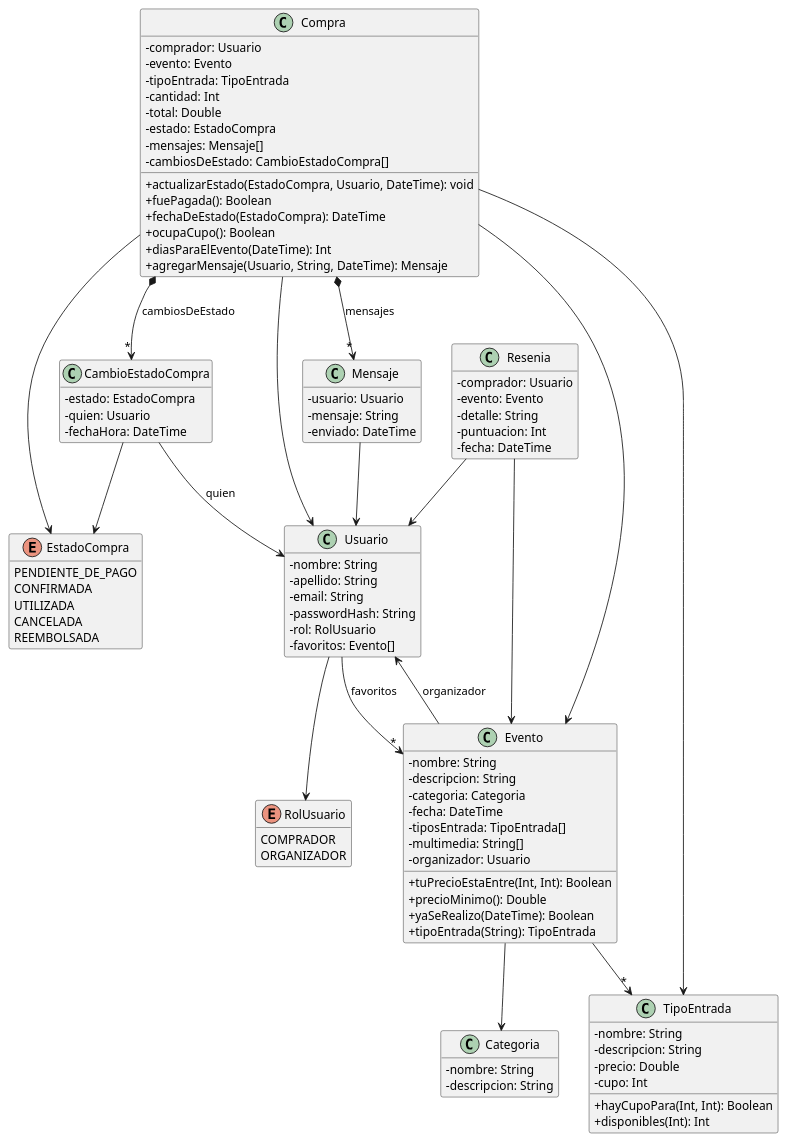
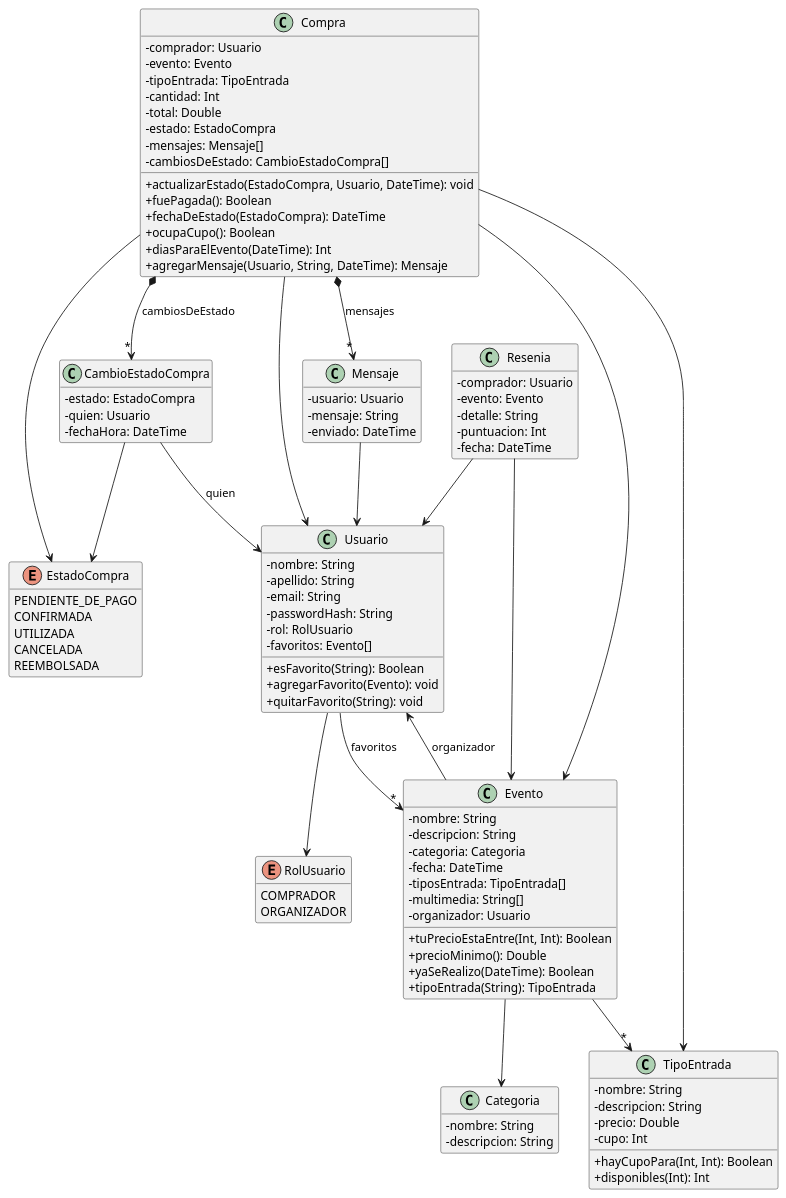
One commit to MCamachoGarcia/ddso-ticketit-ai changed the diagram in docs/diagrama-dominio.puml. Above: the diagram before and after it, drawn with PlantUML. The commit also changed 1 other file, not shown here.

Commit message:
docs: favoritos en la colección de Postman y en el diagrama de clases

```diff
--- a/docs/diagrama-dominio.puml
+++ b/docs/diagrama-dominio.puml
@@ -1,117 +1,120 @@
 @startuml diagrama-dominio
 ' Diagrama tentativo del dominio sugerido por el enunciado de AI Ticket It
 skinparam classAttributeIconSize 0
 hide empty members
 
 ' ---------- Enums ----------
 enum EstadoCompra {
   PENDIENTE_DE_PAGO
   CONFIRMADA
   UTILIZADA
   CANCELADA
   REEMBOLSADA
 }
 
 enum RolUsuario {
   COMPRADOR
   ORGANIZADOR
 }
 
 ' ---------- Clases ----------
 class Usuario {
   - nombre: String
   - apellido: String
   - email: String
   - passwordHash: String
   - rol: RolUsuario
   - favoritos: Evento[]
+  + esFavorito(String): Boolean
+  + agregarFavorito(Evento): void
+  + quitarFavorito(String): void
 }
 
 class Categoria {
   - nombre: String
   - descripcion: String
 }
 
 class TipoEntrada {
   - nombre: String
   - descripcion: String
   - precio: Double
   - cupo: Int
   + hayCupoPara(Int, Int): Boolean
   + disponibles(Int): Int
 }
 
 class Evento {
   - nombre: String
   - descripcion: String
   - categoria: Categoria
   - fecha: DateTime
   - tiposEntrada: TipoEntrada[]
   - multimedia: String[]
   - organizador: Usuario
   + tuPrecioEstaEntre(Int, Int): Boolean
   + precioMinimo(): Double
   + yaSeRealizo(DateTime): Boolean
   + tipoEntrada(String): TipoEntrada
 }
 
 class Compra {
   - comprador: Usuario
   - evento: Evento
   - tipoEntrada: TipoEntrada
   - cantidad: Int
   - total: Double
   - estado: EstadoCompra
   - mensajes: Mensaje[]
   - cambiosDeEstado: CambioEstadoCompra[]
   + actualizarEstado(EstadoCompra, Usuario, DateTime): void
   + fuePagada(): Boolean
   + fechaDeEstado(EstadoCompra): DateTime
   + ocupaCupo(): Boolean
   + diasParaElEvento(DateTime): Int
   + agregarMensaje(Usuario, String, DateTime): Mensaje
 }
 
 class CambioEstadoCompra {
   - estado: EstadoCompra
   - quien: Usuario
   - fechaHora: DateTime
 }
 
 class Mensaje {
   - usuario: Usuario
   - mensaje: String
   - enviado: DateTime
 }
 
 class Resenia {
   - comprador: Usuario
   - evento: Evento
   - detalle: String
   - puntuacion: Int
   - fecha: DateTime
 }
 
 ' ---------- Relaciones ----------
 Usuario --> RolUsuario
 Usuario --> "*" Evento : favoritos
 Evento --> Usuario : organizador
 Evento --> Categoria
 Evento --> "*" TipoEntrada
 
 Compra --> Usuario
 Compra --> Evento
 Compra --> TipoEntrada
 Compra *--> "*" Mensaje : mensajes
 Compra --> EstadoCompra
 Compra *--> "*" CambioEstadoCompra : cambiosDeEstado
 
 CambioEstadoCompra --> Usuario : quien
 CambioEstadoCompra --> EstadoCompra
 
 Mensaje --> Usuario
 
 Resenia --> Usuario
 Resenia --> Evento
 
 @enduml
```
